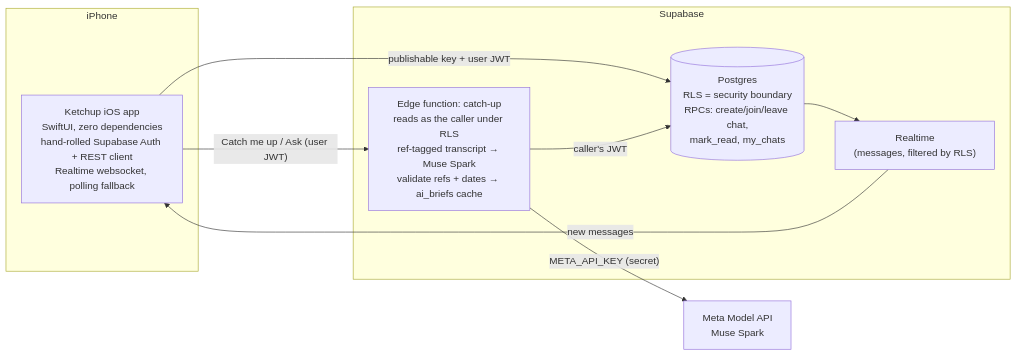
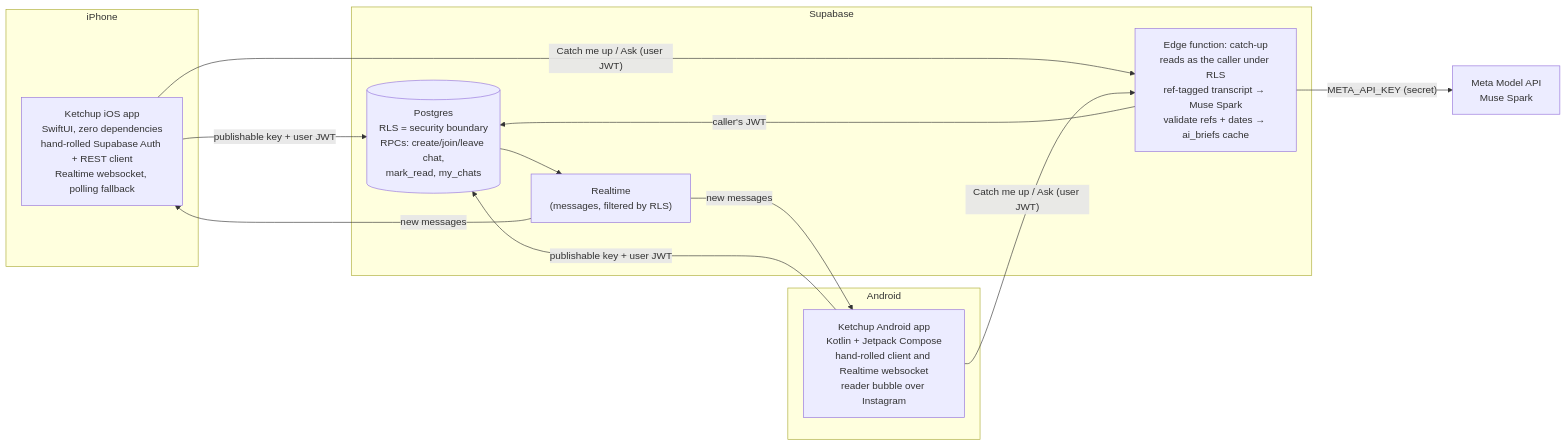
One commit to DavidNichols1/TLDR changed the diagram in README.md. Above: the diagram before and after it, drawn with Mermaid. The commit also changed other lines of this file, not shown here.

First line of the commit message:
README: the Android app and its Instagram bubble

````diff
--- a/README.md
+++ b/README.md
@@ -164,18 +164,24 @@
 ```mermaid
 flowchart LR
   subgraph iPhone
     A["Ketchup iOS app<br/>SwiftUI, zero dependencies<br/>hand-rolled Supabase Auth + REST client<br/>Realtime websocket, polling fallback"]
+  end
+  subgraph Android
+    B["Ketchup Android app<br/>Kotlin + Jetpack Compose<br/>hand-rolled client and Realtime websocket<br/>reader bubble over Instagram"]
   end
   subgraph Supabase
     DB[("Postgres<br/>RLS = security boundary<br/>RPCs: create/join/leave chat,<br/>mark_read, my_chats")]
     RT["Realtime<br/>(messages, filtered by RLS)"]
     FN["Edge function: catch-up<br/>reads as the caller under RLS<br/>ref-tagged transcript → Muse Spark<br/>validate refs + dates → ai_briefs cache"]
   end
   META["Meta Model API<br/>Muse Spark"]
 
   A -- "publishable key + user JWT" --> DB
+  B -- "publishable key + user JWT" --> DB
   DB --> RT -- "new messages" --> A
+  RT -- "new messages" --> B
   A -- "Catch me up / Ask (user JWT)" --> FN
+  B -- "Catch me up / Ask (user JWT)" --> FN
   FN -- "caller's JWT" --> DB
   FN -- "META_API_KEY (secret)" --> META
 ```
````
